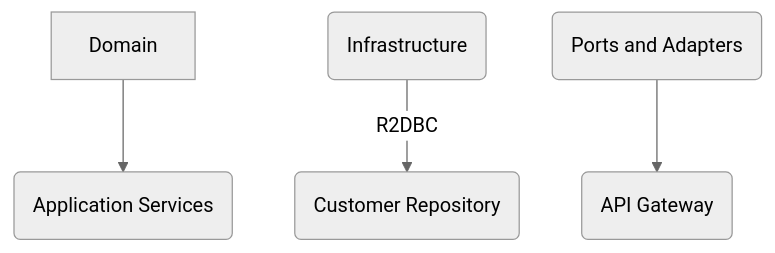
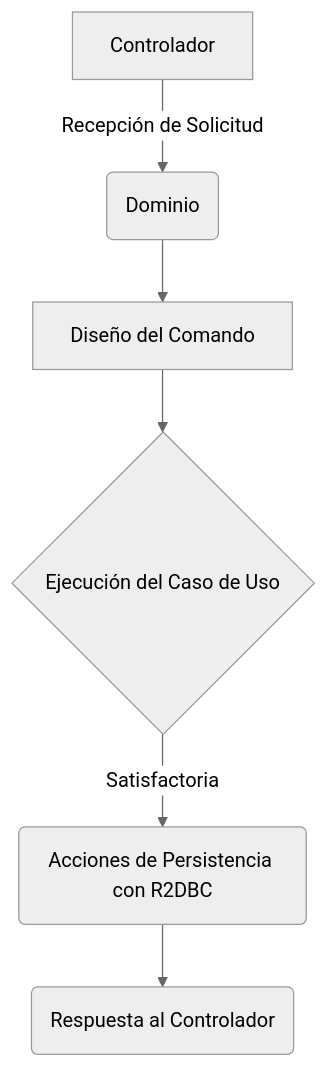
Before and after one commit to Joaquinriosheredia/DAM-Java-Mastery: the fourth of 8 diagrams in Java_Elite/arquitectura_hexagonal_y_ddd_en_java_21:_invariantes_en_agregados,_value_objects_con_records_y_persistencia_desacoplada_con_spring_data_r2dbc_STAFF.md, drawn with Mermaid (neutral theme). The commit also changed other lines of this file, not shown here.

Commit message:
feat: manual de autoridad sobre Arquitectura Hexagonal y DDD en Java 21: Invariantes en Agregados, Value Objects con Records y Persistencia desacoplada con Spring Data R2DBC (Staff Level)

````diff
--- a/Java_Elite/arquitectura_hexagonal_y_ddd_en_java_21:_invariantes_en_agregados,_value_objects_con_records_y_persistencia_desacoplada_con_spring_data_r2dbc_STAFF.md
+++ b/Java_Elite/arquitectura_hexagonal_y_ddd_en_java_21:_invariantes_en_agregados,_value_objects_con_records_y_persistencia_desacoplada_con_spring_data_r2dbc_STAFF.md
@@ -512,6 +316,8 @@
 ```mermaid
 graph TD;
-    A[Domain] --> B(Application Services)
-    C(Infrastructure) -->|R2DBC| D(Customer Repository)
-    E(Ports and Adapters) --> F(API Gateway)
+  A[Controlador] -->|Recepción de Solicitud| B(Dominio);
+  B --> C[Diseño del Comando];
+  C --> D{Ejecución del Caso de Uso};
+  D -->|Satisfactoria| E(Acciones de Persistencia con R2DBC);
+  E --> F(Respuesta al Controlador);
 ```
````
